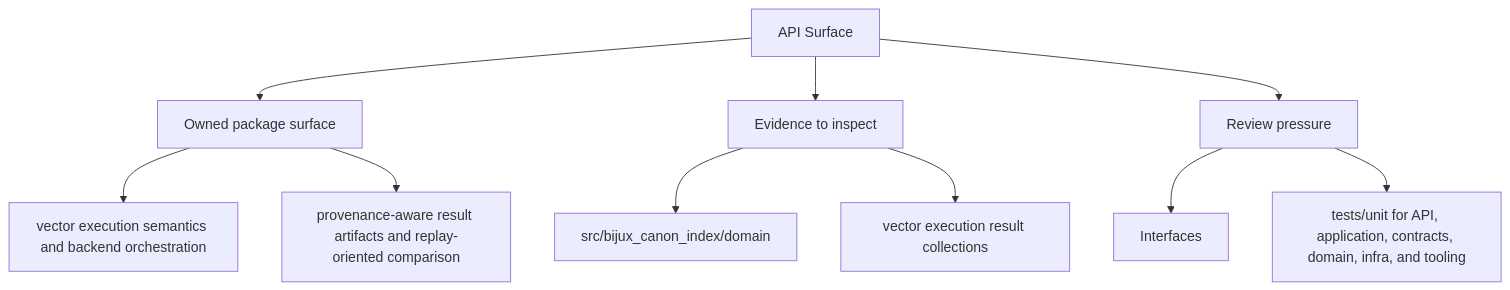
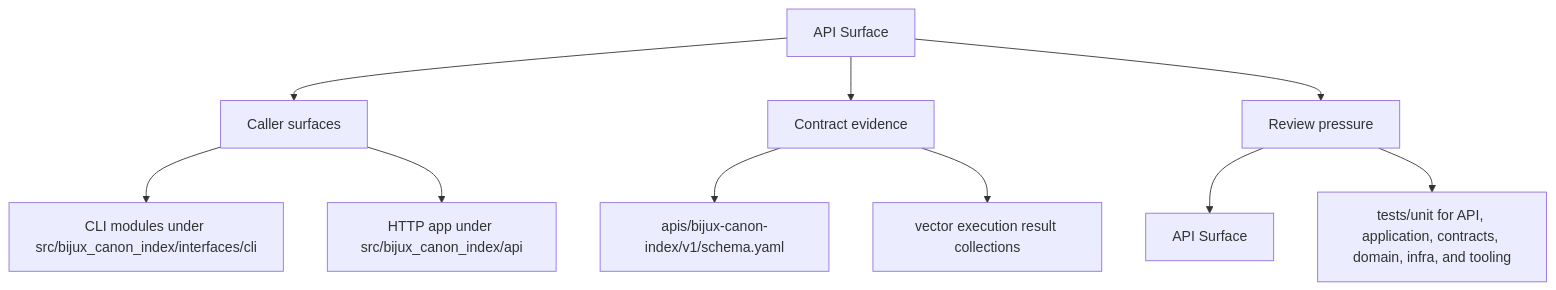
The second of 2 diagrams in docs/bijux-canon-index/interfaces/api-surface.md (bijux/bijux-canon), drawn with Mermaid before and after one commit. The commit also changed other lines of this file and 250 other files, not shown here.

Commit message:
docs(diagrams): make product page maps more readable

````diff
--- a/docs/bijux-canon-index/interfaces/api-surface.md
+++ b/docs/bijux-canon-index/interfaces/api-surface.md
@@ -35,22 +35,22 @@
 ```mermaid
 flowchart TD
     page["API Surface"]
-    focus1["Owned package surface"]
+    focus1["Caller surfaces"]
     page --> focus1
-    focus1_1["vector execution semantics and backend orchestration"]
+    focus1_1["CLI modules under src/bijux_canon_index/interfaces/cli"]
     focus1 --> focus1_1
-    focus1_2["provenance-aware result artifacts and replay-oriented comparison"]
+    focus1_2["HTTP app under src/bijux_canon_index/api"]
     focus1 --> focus1_2
-    focus2["Evidence to inspect"]
+    focus2["Contract evidence"]
     page --> focus2
-    focus2_1["src/bijux_canon_index/domain"]
+    focus2_1["apis/bijux-canon-index/v1/schema.yaml"]
     focus2 --> focus2_1
     focus2_2["vector execution result collections"]
     focus2 --> focus2_2
     focus3["Review pressure"]
     page --> focus3
-    focus3_1["Interfaces"]
+    focus3_1["API Surface"]
     focus3 --> focus3_1
     focus3_2["tests/unit for API, application, contracts, domain, infra, and tooling"]
     focus3 --> focus3_2
 ```
````
